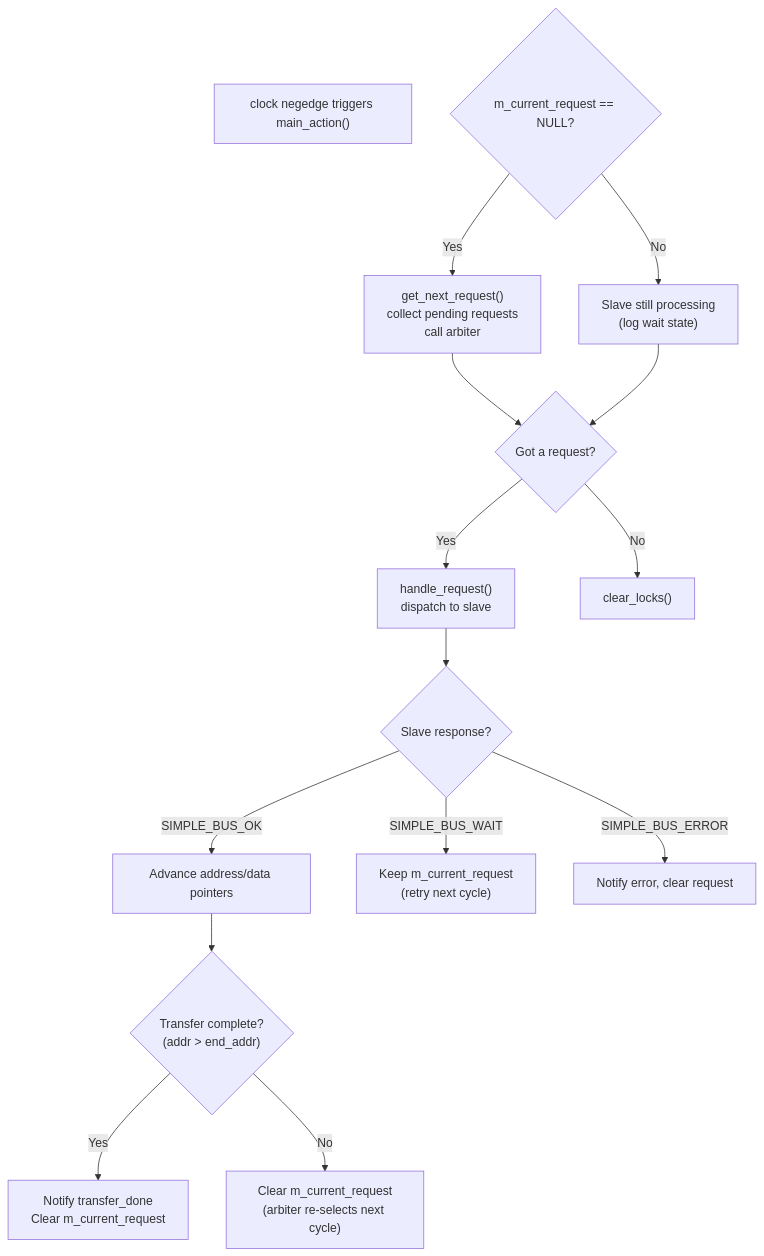
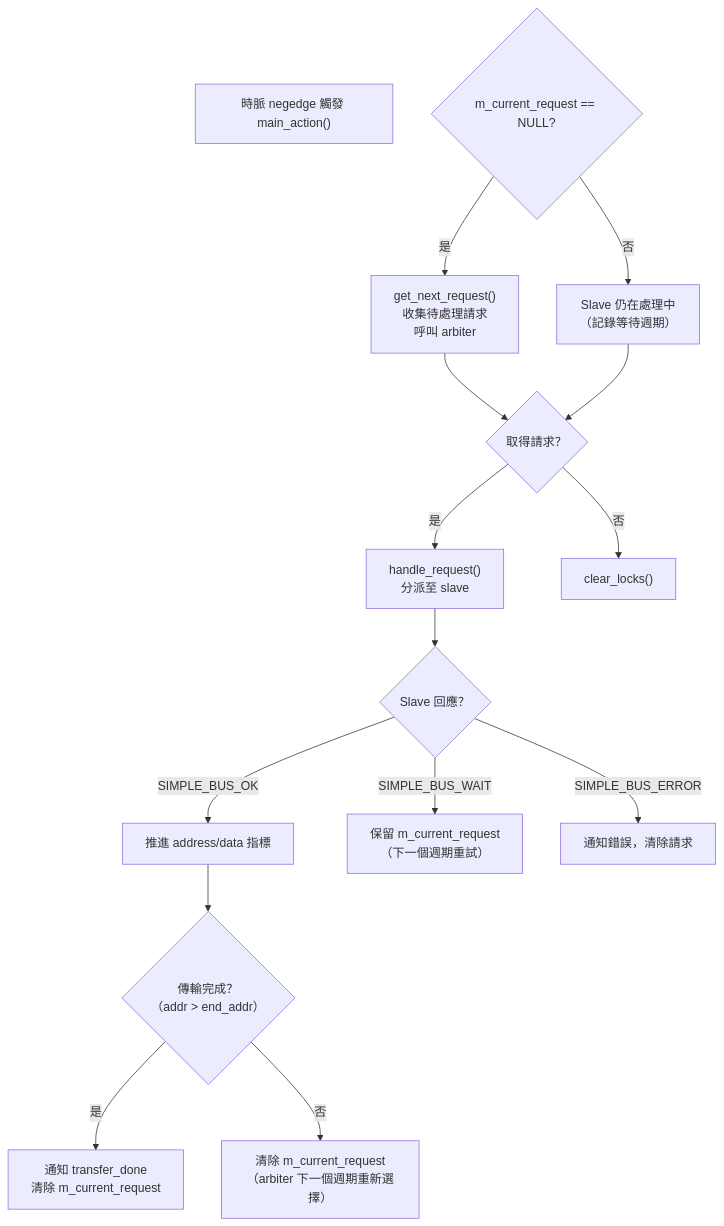
Before and after one commit to abc1199281lab-cmd/systemc_notes: the second of 4 diagrams in doc_v2/examples/code/sysc/simple_bus/simple-bus.md, drawn with Mermaid. The commit also changed other lines of this file and 8 other files, not shown here.

Commit message:
docs: translate simple_bus example docs to Traditional Chinese

````diff
--- a/doc_v2/examples/code/sysc/simple_bus/simple-bus.md
+++ b/doc_v2/examples/code/sysc/simple_bus/simple-bus.md
@@ -56,18 +56,18 @@
 ```mermaid
 flowchart TD
-    START["clock negedge triggers main_action()"]
+    START["時脈 negedge 觸發 main_action()"]
     A{"m_current_request == NULL?"}
-    A -->|Yes| B["get_next_request()<br/>collect pending requests<br/>call arbiter"]
-    A -->|No| C["Slave still processing<br/>(log wait state)"]
-    B --> D{"Got a request?"}
+    A -->|是| B["get_next_request()<br/>收集待處理請求<br/>呼叫 arbiter"]
+    A -->|否| C["Slave 仍在處理中<br/>（記錄等待週期）"]
+    B --> D{"取得請求？"}
     C --> D
-    D -->|Yes| E["handle_request()<br/>dispatch to slave"]
-    D -->|No| F["clear_locks()"]
-    E --> G{"Slave response?"}
-    G -->|SIMPLE_BUS_OK| H["Advance address/data pointers"]
-    G -->|SIMPLE_BUS_WAIT| I["Keep m_current_request<br/>(retry next cycle)"]
-    G -->|SIMPLE_BUS_ERROR| J["Notify error, clear request"]
-    H --> K{"Transfer complete?<br/>(addr > end_addr)"}
-    K -->|Yes| L["Notify transfer_done<br/>Clear m_current_request"]
-    K -->|No| M["Clear m_current_request<br/>(arbiter re-selects next cycle)"]
+    D -->|是| E["handle_request()<br/>分派至 slave"]
+    D -->|否| F["clear_locks()"]
+    E --> G{"Slave 回應？"}
+    G -->|SIMPLE_BUS_OK| H["推進 address/data 指標"]
+    G -->|SIMPLE_BUS_WAIT| I["保留 m_current_request<br/>（下一個週期重試）"]
+    G -->|SIMPLE_BUS_ERROR| J["通知錯誤，清除請求"]
+    H --> K{"傳輸完成？<br/>（addr > end_addr）"}
+    K -->|是| L["通知 transfer_done<br/>清除 m_current_request"]
+    K -->|否| M["清除 m_current_request<br/>（arbiter 下一個週期重新選擇）"]
 ```
````
